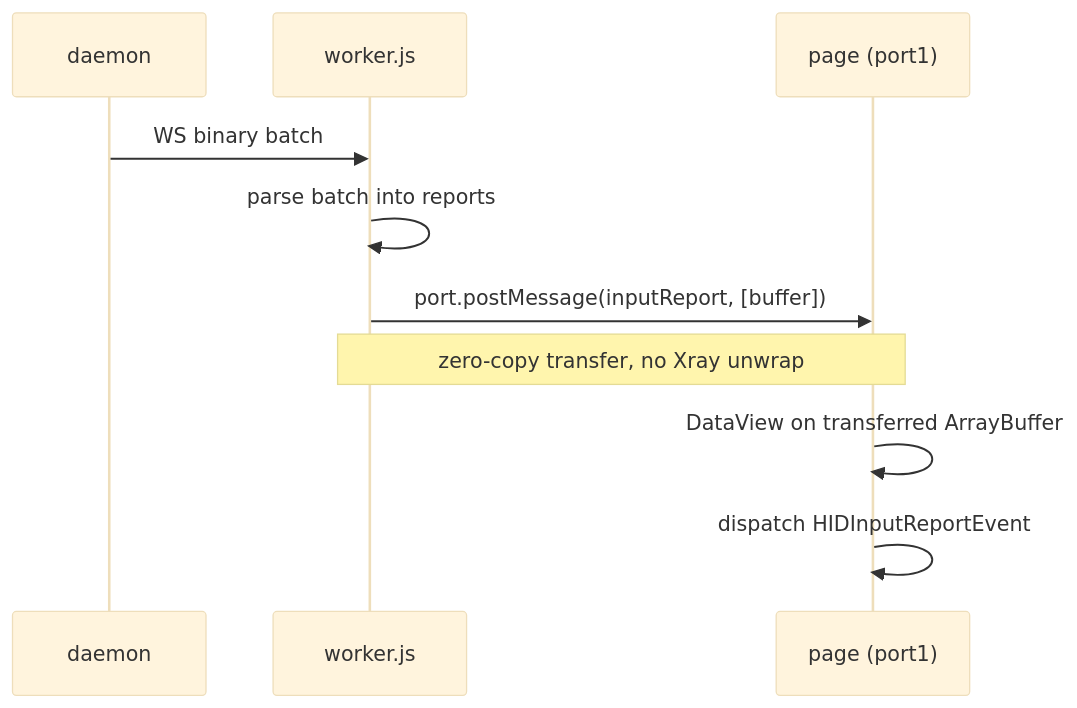
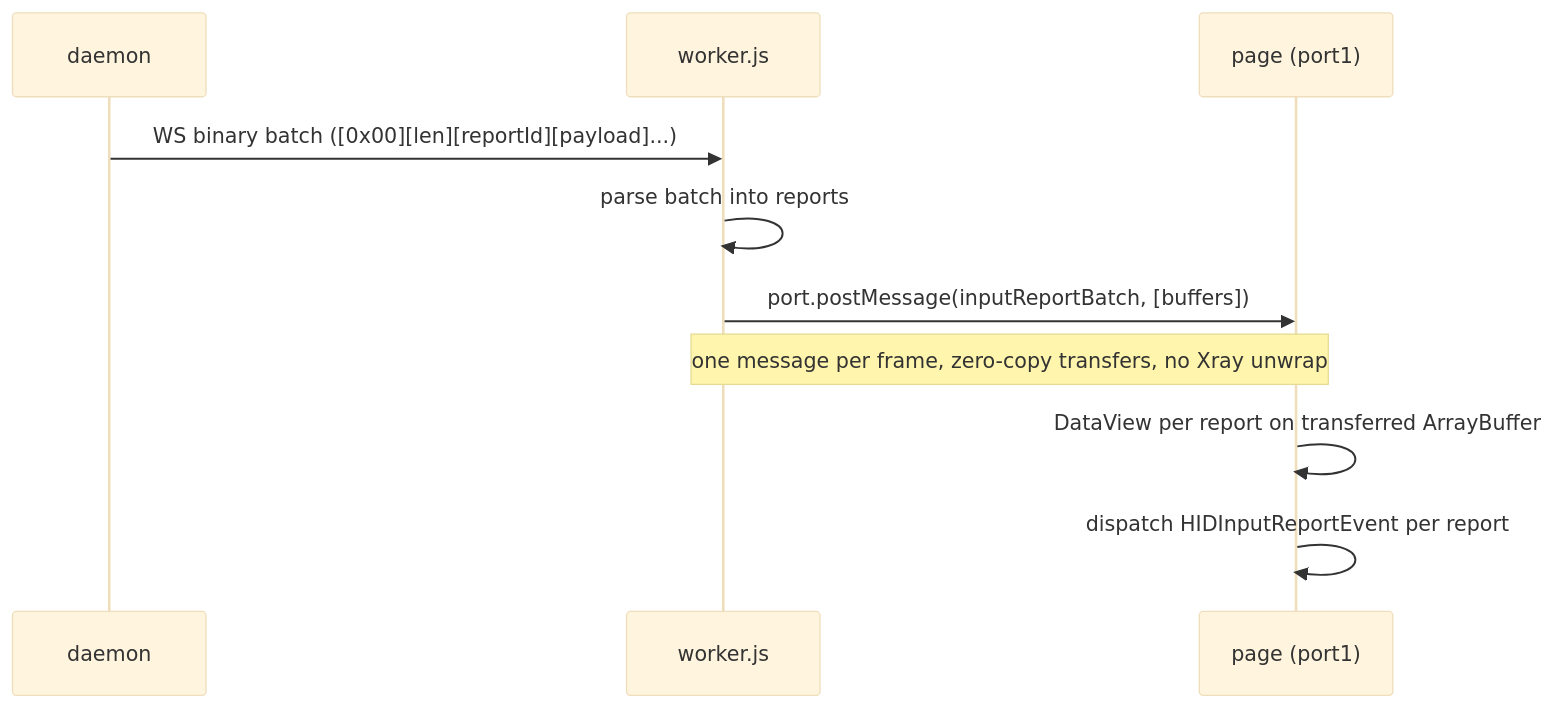
One commit to K4zoku/FF-WebHID changed the fourth of 9 diagrams in docs/ARCHITECTURE.md. Above: the diagram before and after it, drawn with Mermaid (base theme). The commit also changed other lines of this file and 4 other files, not shown here.

````diff
--- a/docs/ARCHITECTURE.md
+++ b/docs/ARCHITECTURE.md
@@ -299,13 +303,13 @@
 ```mermaid
 sequenceDiagram
     participant D as daemon
     participant W as worker.js
     participant P as page (port1)
 
-    D->>W: WS binary batch
+    D->>W: WS binary batch ([0x00][len][reportId][payload]...)
     W->>W: parse batch into reports
-    W->>P: port.postMessage(inputReport, [buffer])
-    Note over W,P: zero-copy transfer, no Xray unwrap
-    P->>P: DataView on transferred ArrayBuffer
-    P->>P: dispatch HIDInputReportEvent
+    W->>P: port.postMessage(inputReportBatch, [buffers])
+    Note over W,P: one message per frame, zero-copy transfers, no Xray unwrap
+    P->>P: DataView per report on transferred ArrayBuffer
+    P->>P: dispatch HIDInputReportEvent per report
 ```
````
